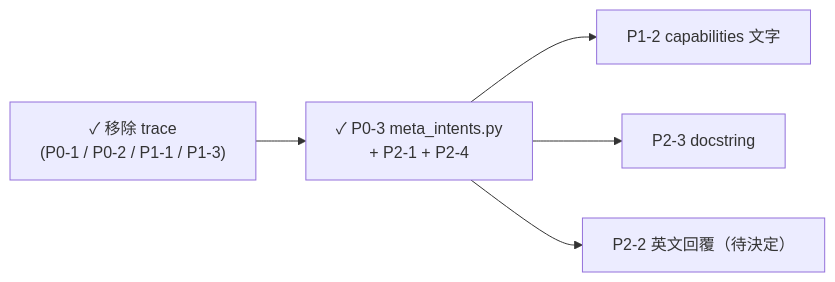
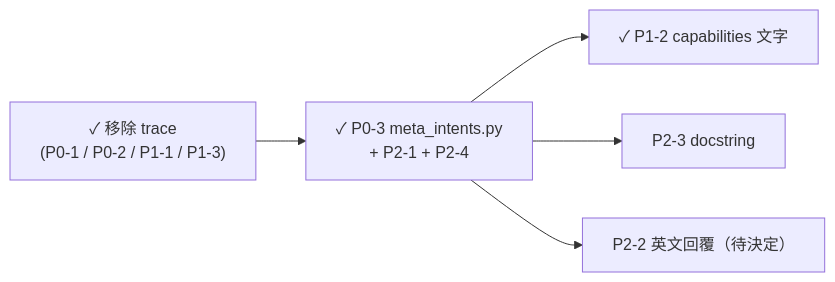
One commit to jltz1207/LoginFastapi changed the third of 3 diagrams in docs/plans/in-progress/meta-branch-review-20261015.md. Above: the diagram before and after it, drawn with Mermaid. The commit also changed other lines of this file and 2 other files, not shown here.

First line of the commit message:
fix: list only supported features in META capabilities reply (P1-2)

````diff
--- a/docs/plans/in-progress/meta-branch-review-20261015.md
+++ b/docs/plans/in-progress/meta-branch-review-20261015.md
@@ -203,7 +224,7 @@
 ```mermaid
 flowchart LR
     X["✓ 移除 trace<br/>(P0-1 / P0-2 / P1-1 / P1-3)"] --> P03["✓ P0-3 meta_intents.py<br/>+ P2-1 + P2-4"]
-    P03 --> P12[P1-2 capabilities 文字]
+    P03 --> P12["✓ P1-2 capabilities 文字"]
     P03 --> P23[P2-3 docstring]
     P03 --> P22["P2-2 英文回覆（待決定）"]
 ```
````
